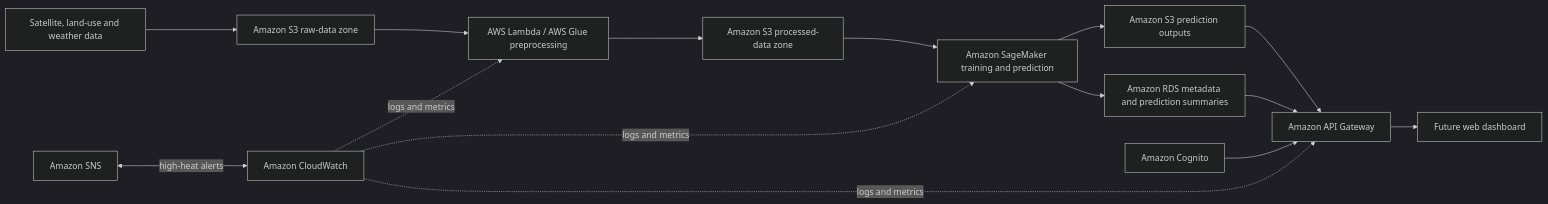
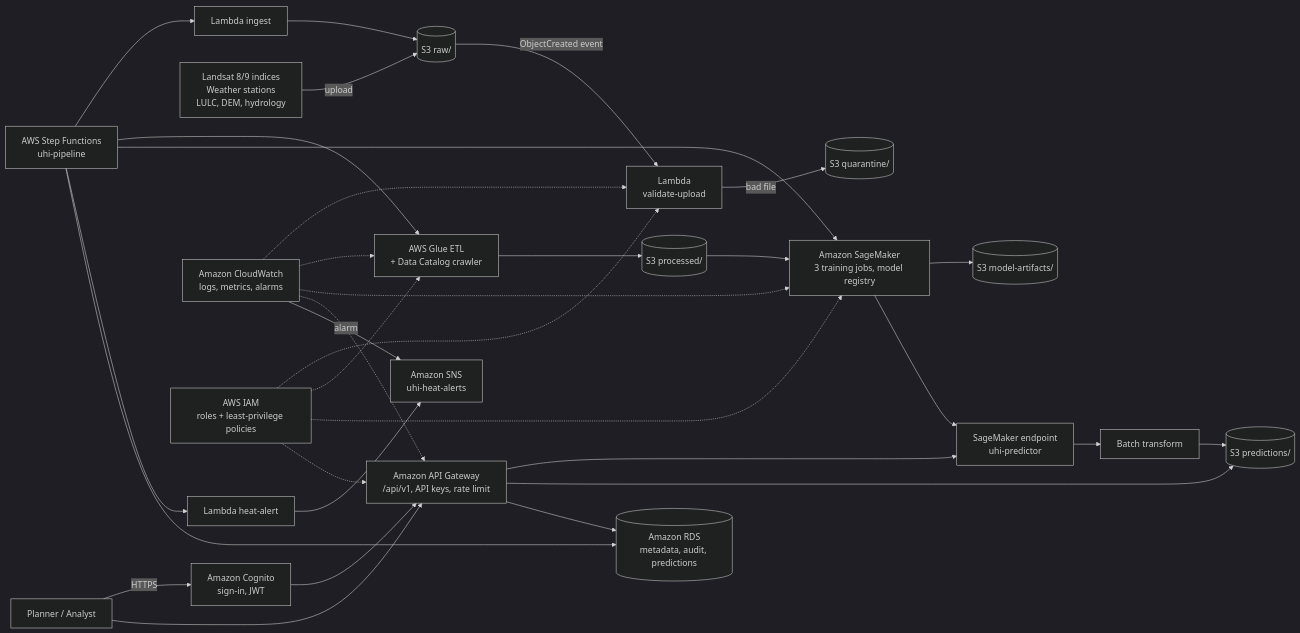
One commit to rohitpawalia28/CloudBasedUrbanHeatIslandPrediction_Azure_Cloud_Project_2026 changed the diagram in README.md. Above: the diagram before and after it, drawn with Mermaid (dark theme). The commit also changed other lines of this file and 76 other files, not shown here.

First line of the commit message:
Implement cloud-based UHI prediction platform (emulated AWS) with Vercel deployment

````diff
--- a/README.md
+++ b/README.md
@@ -28,17 +92,22 @@
 ```mermaid
 flowchart LR
-    A[Satellite, land-use and weather data] --> B[Amazon S3 raw-data zone]
-    B --> C[AWS Lambda / AWS Glue preprocessing]
-    C --> D[Amazon S3 processed-data zone]
-    D --> E[Amazon SageMaker training and prediction]
-    E --> F[Amazon S3 prediction outputs]
-    E --> G[Amazon RDS metadata and prediction summaries]
-    F --> H[Amazon API Gateway]
-    G --> H
-    H --> I[Future web dashboard]
-    J[Amazon Cognito] --> H
-    K[Amazon CloudWatch] -. logs and metrics .-> C
-    K -. logs and metrics .-> E
-    K -. logs and metrics .-> H
-    L[Amazon SNS] <-- high-heat alerts --> K
+    U[Planner / Analyst] -->|HTTPS| COG[Amazon Cognito<br/>sign-in, JWT]
+    U --> APIGW[Amazon API Gateway<br/>/api/v1, API keys, rate limit]
+    COG --> APIGW
+    SRC[Landsat 8/9 indices<br/>Weather stations<br/>LULC, DEM, hydrology] -->|upload| S3R[(S3 raw/)]
+    S3R -->|ObjectCreated event| LV[Lambda<br/>validate-upload]
+    LV -->|bad file| Q[(S3 quarantine/)]
+    SF[AWS Step Functions<br/>uhi-pipeline] --> LI[Lambda ingest] --> S3R
+    SF --> GLUE[AWS Glue ETL<br/>+ Data Catalog crawler] --> S3P[(S3 processed/)]
+    SF --> SM[Amazon SageMaker<br/>3 training jobs, model registry]
+    S3P --> SM --> ART[(S3 model-artifacts/)]
+    SM --> EP[SageMaker endpoint<br/>uhi-predictor] --> BT[Batch transform] --> S3O[(S3 predictions/)]
+    SF --> LA[Lambda heat-alert] --> SNS[Amazon SNS<br/>uhi-heat-alerts]
+    SF --> RDS[(Amazon RDS<br/>metadata, audit, predictions)]
+    APIGW --> EP
+    APIGW --> S3O
+    APIGW --> RDS
+    CW[Amazon CloudWatch<br/>logs, metrics, alarms] -.-> LV & GLUE & SM & APIGW
+    CW -->|alarm| SNS
+    IAM[AWS IAM<br/>roles + least-privilege policies] -.-> LV & GLUE & SM & APIGW
 ```
````
